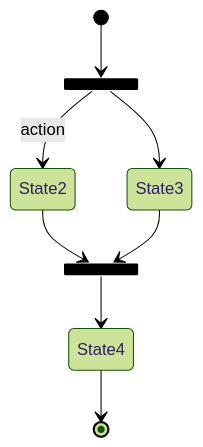
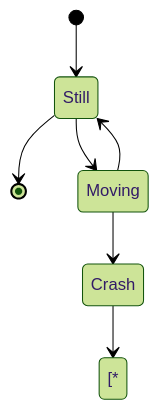
Before and after one commit to finn-stainton/finn-stainton.github.io: the diagram in docs/Bodies-of-Knowledge/Software-Engineering/More-In-Depth/UML-State.md, drawn with Mermaid (forest theme). The commit also changed 55 other files, not shown here.

```diff
--- a/docs/Bodies-of-Knowledge/Software-Engineering/More-In-Depth/UML-State.md
+++ b/docs/Bodies-of-Knowledge/Software-Engineering/More-In-Depth/UML-State.md
@@ -40,13 +40,10 @@
 <div class="mermaid">
 stateDiagram-v2
-  state fork_state <<fork>>
-    [*] --> fork_state
-    fork_state --> State2: action
-    fork_state --> State3
+    [*] --> Still
+    Still --> [*]
 
-    state join_state <<join>>
-    State2 --> join_state
-    State3 --> join_state
-    join_state --> State4
-    State4 --> [*]
+    Still --> Moving
+    Moving --> Still
+    Moving --> Crash
+    Crash --> [*
 </div>
```
